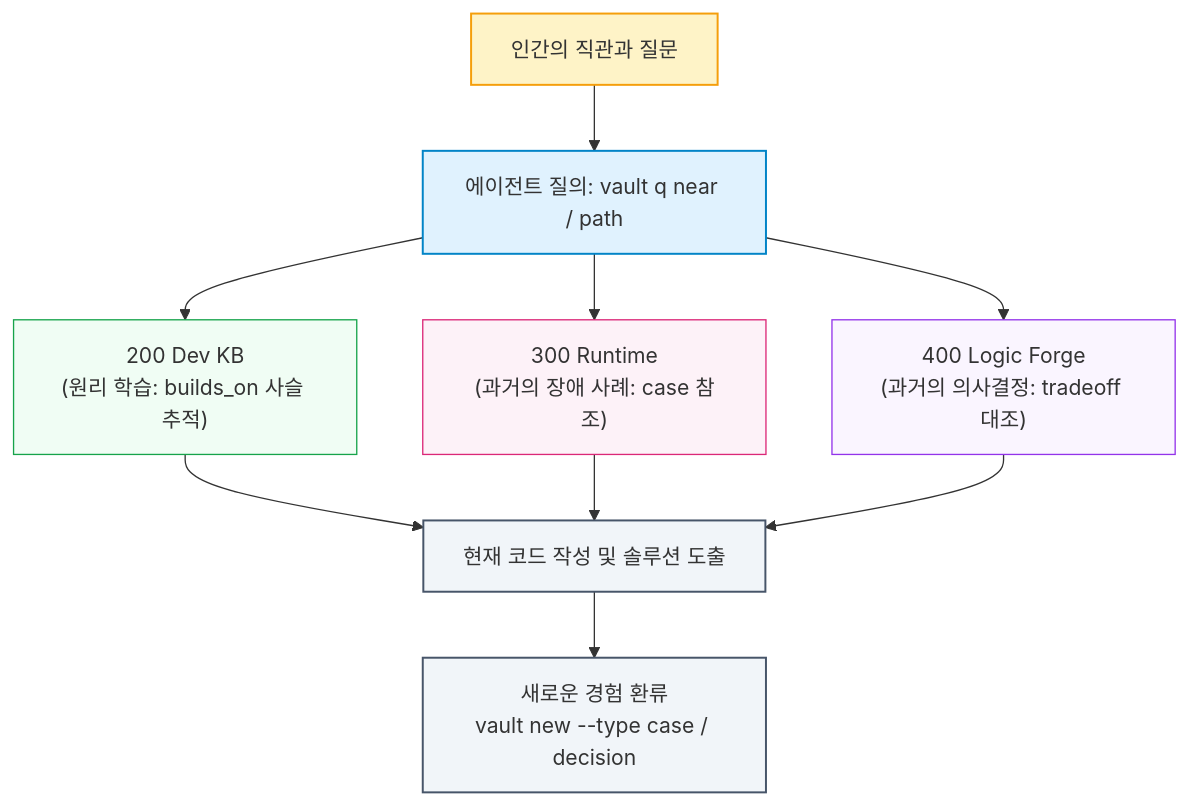
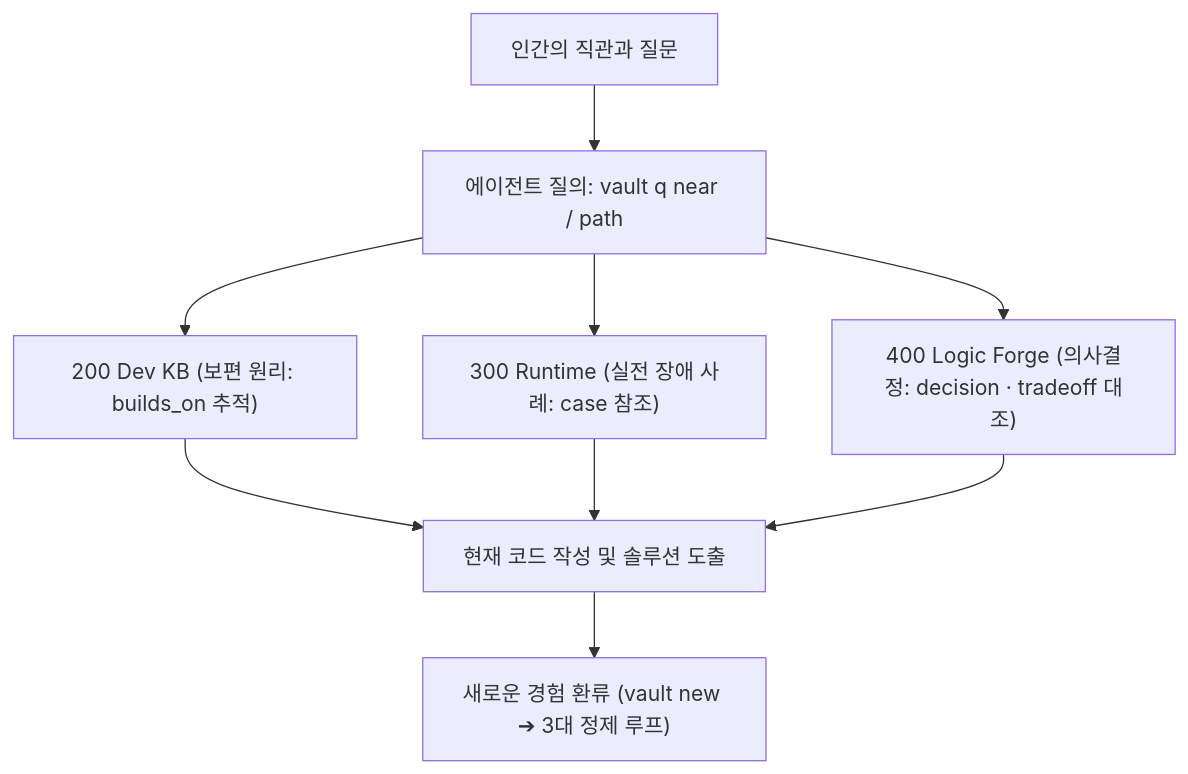
The diagram in _posts/tech/ai-agent-architecture/10 기록의 악마는 고립된 노트의 꿈을 꾸지 않는다.md (tomato-vault/tomato-vault.github.io), drawn with Mermaid before and after one commit. The commit also changed other lines of this file and 43 other files, not shown here.

````diff
--- a/_posts/tech/ai-agent-architecture/10 기록의 악마는 고립된 노트의 꿈을 꾸지 않는다.md
+++ b/_posts/tech/ai-agent-architecture/10 기록의 악마는 고립된 노트의 꿈을 꾸지 않는다.md
@@ -234,28 +76,9 @@
 ```mermaid
 flowchart TD
     Human["인간의 직관과 질문"] --> Query["에이전트 질의: vault q near / path"]
-    
-    Query --> KB["200 Dev KB<br/>(원리 학습: builds_on 사슬 추적)"]
-    Query --> Runtime["300 Runtime<br/>(과거의 장애 사례: case 참조)"]
-    Query --> Logic["400 Logic Forge<br/>(과거의 의사결정: tradeoff 대조)"]
-    
-    KB --> Code["현재 코드 작성 및 솔루션 도출"]
-    Runtime --> Code
-    Logic --> Code
-    
-    Code --> Feedback["새로운 경험 환류<br/>vault new --type case / decision"]
-
-    classDef humanNode fill:#fef3c7,stroke:#f59e0b,stroke-width:1.5px
-    classDef agentNode fill:#e0f2fe,stroke:#0284c7,stroke-width:1.5px
-    classDef kbNode fill:#f0fdf4,stroke:#16a34a,stroke-width:1px
-    classDef runNode fill:#fdf2f8,stroke:#db2777,stroke-width:1px
-    classDef logicNode fill:#faf5ff,stroke:#9333ea,stroke-width:1px
-    classDef outNode fill:#f1f5f9,stroke:#475569,stroke-width:1.5px
-
-    class Human humanNode
-    class Query agentNode
-    class KB kbNode
-    class Runtime runNode
-    class Logic logicNode
-    class Code,Feedback outNode
+    Query --> KB["200 Dev KB (보편 원리: builds_on 추적)"]
+    Query --> Runtime["300 Runtime (실전 장애 사례: case 참조)"]
+    Query --> Logic["400 Logic Forge (의사결정: decision · tradeoff 대조)"]
+    KB & Runtime & Logic --> Code["현재 코드 작성 및 솔루션 도출"]
+    Code --> Feedback["새로운 경험 환류 (vault new ➔ 3대 정제 루프)"]
 ```
````
